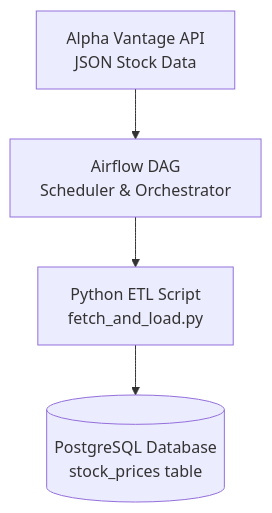
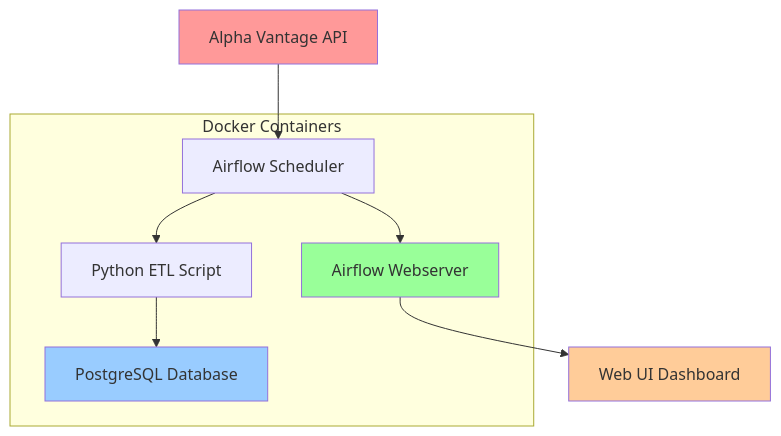
Before and after one commit to PranjalTripatHI07/Docker-Airflow-Stock-pipeline_Project: the diagram in README.md, drawn with Mermaid. The commit also changed other lines of this file, not shown here.

````diff
--- a/README.md
+++ b/README.md
@@ -59,6 +31,20 @@
 ```mermaid
-flowchart TD
-    A[Alpha Vantage API<br>JSON Stock Data] --> B[Airflow DAG<br>Scheduler & Orchestrator]
-    B --> C[Python ETL Script<br>fetch_and_load.py]
-    C --> D[(PostgreSQL Database<br>stock_prices table)]
+graph TB
+    A[Alpha Vantage API] --> B[Airflow Scheduler]
+    B --> C[Python ETL Script]
+    C --> D[PostgreSQL Database]
+    B --> E[Airflow Webserver]
+    E --> F[Web UI Dashboard]
+    
+    subgraph "Docker Containers"
+        B
+        C
+        D
+        E
+    end
+    
+    style A fill:#ff9999
+    style D fill:#99ccff
+    style E fill:#99ff99
+    style F fill:#ffcc99
 ```
````
